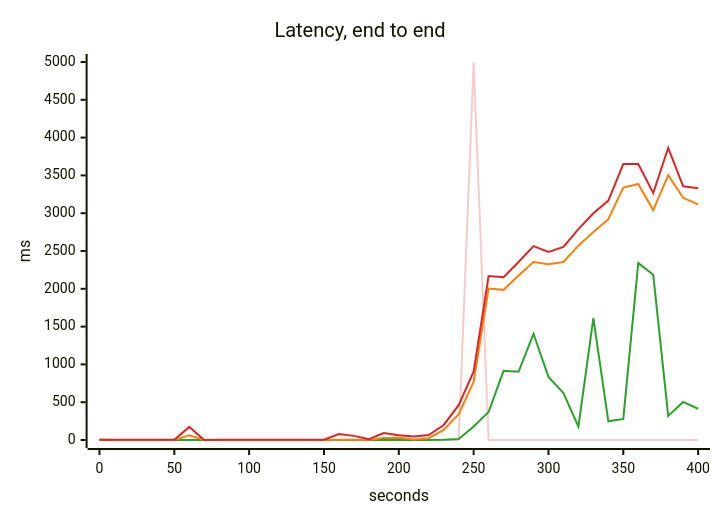
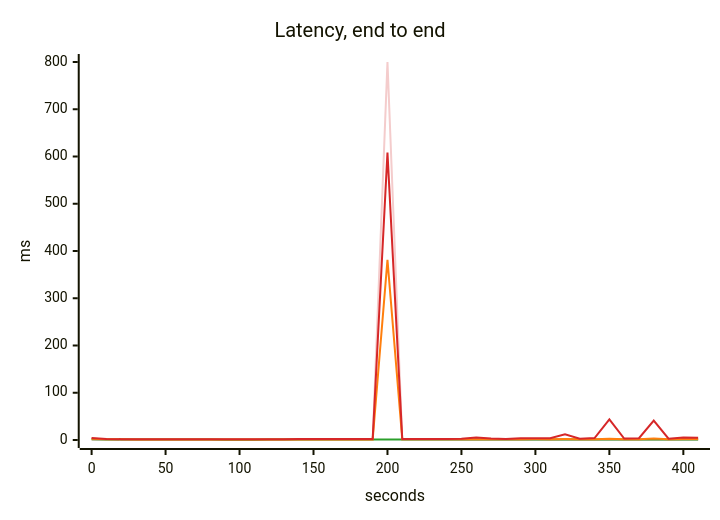
One commit to akinfemi/load-lore changed the third of 5 diagrams in scenarios/when-to-scale-your-database/solutions/one-query-per-page/report.md. Above: the diagram before and after it, drawn with Mermaid. The commit also changed other lines of this file and 4 other files, not shown here.

````diff
--- a/scenarios/when-to-scale-your-database/solutions/one-query-per-page/report.md
+++ b/scenarios/when-to-scale-your-database/solutions/one-query-per-page/report.md
@@ -56,17 +58,17 @@
 ```mermaid
 ---
 config:
   themeVariables:
     xyChart:
       backgroundColor: "transparent"
       plotColorPalette: "#f4cccc, #2ca02c, #ff7f0e, #d62728"
 ---
 xychart-beta
     title "Latency, end to end"
-    x-axis "seconds" 0 --> 400
-    y-axis "ms" 0 --> 5000
-    line [0, 0, 0, 0, 0, 0, 0, 0, 0, 0, 0, 0, 0, 0, 0, 0, 0, 0, 0, 0, 0, 0, 0, 0, 0, 5000, 0, 0, 0, 0, 0, 0, 0, 0, 0, 0, 0, 0, 0, 0, 0]
-    line [1.223, 0.918, 0.834, 0.814, 0.811, 0.819, 0.836, 0.796, 0.803, 0.808, 0.815, 0.823, 0.82, 0.838, 0.866, 0.88, 0.946, 1.009, 1.063, 1.19, 1.287, 1.264, 1.42, 2.015, 14.245, 178.1, 370.583, 915.313, 902.24, 1405.185, 835.291, 619.985, 176.512, 1611.129, 247.406, 278.796, 2341.402, 2185.101, 319.165, 503.481, 413.469]
-    line [2.631, 1.632, 1.331, 1.233, 1.198, 1.318, 62.13, 1.141, 1.2, 1.203, 1.261, 1.307, 1.3, 1.496, 1.532, 1.509, 2.993, 2.54, 2.472, 27.479, 28.387, 5.926, 24.411, 134.407, 342.484, 768.746, 2002.895, 1986.17, 2175.459, 2353.844, 2325.825, 2354.191, 2570.287, 2749.834, 2920.065, 3338.256, 3386.412, 3038.087, 3502.508, 3203.702, 3116.981]
-    line [4.132, 2.892, 2.329, 2.097, 1.858, 2.403, 173.538, 1.516, 1.879, 2.042, 2.143, 2.03, 2.659, 3.006, 2.633, 2.604, 79.391, 54.681, 11.513, 92.261, 61.354, 44.764, 64.839, 198.853, 460.323, 904.47, 2169.321, 2151.887, 2354.638, 2564.778, 2488.754, 2555.165, 2790.292, 3000, 3166.218, 3649.606, 3649.398, 3266.942, 3863.276, 3356.474, 3329.247]
+    x-axis "seconds" 0 --> 410
+    y-axis "ms" 0 --> 800
+    line [0, 0, 0, 0, 0, 0, 0, 0, 0, 0, 0, 0, 0, 0, 0, 0, 0, 0, 0, 0, 800, 0, 0, 0, 0, 0, 0, 0, 0, 0, 0, 0, 0, 0, 0, 0, 0, 0, 0, 0, 0, 0]
+    line [1.327, 1.038, 0.894, 0.816, 0.807, 0.805, 0.805, 0.803, 0.801, 0.794, 0.79, 0.791, 0.797, 0.798, 0.803, 0.801, 0.804, 0.812, 0.816, 0.816, 0.864, 0.833, 0.85, 0.859, 0.867, 0.909, 0.903, 0.91, 0.925, 0.955, 0.961, 0.958, 0.972, 0.964, 0.964, 0.975, 0.963, 0.96, 0.974, 0.968, 0.959, 0.968]
+    line [2.399, 1.64, 1.345, 1.215, 1.169, 1.189, 1.175, 1.161, 1.155, 1.135, 1.134, 1.128, 1.133, 1.132, 1.193, 1.158, 1.184, 1.249, 1.263, 1.262, 381.338, 1.329, 1.379, 1.399, 1.402, 1.591, 1.812, 1.63, 1.623, 1.819, 1.886, 1.786, 1.984, 1.767, 1.847, 2.617, 1.836, 1.849, 3.194, 1.82, 1.932, 1.99]
+    line [4.076, 2.19, 1.777, 1.741, 1.59, 1.649, 1.845, 1.777, 1.776, 1.695, 1.641, 1.678, 1.586, 1.584, 2.006, 1.889, 1.96, 2.346, 2.123, 2.192, 608.308, 2.187, 2.202, 2.246, 2.002, 2.682, 5.034, 2.917, 2.338, 3.811, 3.809, 3.562, 12.186, 2.745, 3.974, 43.672, 3.164, 3.851, 41.223, 2.741, 5.346, 4.585]
 ```
````
